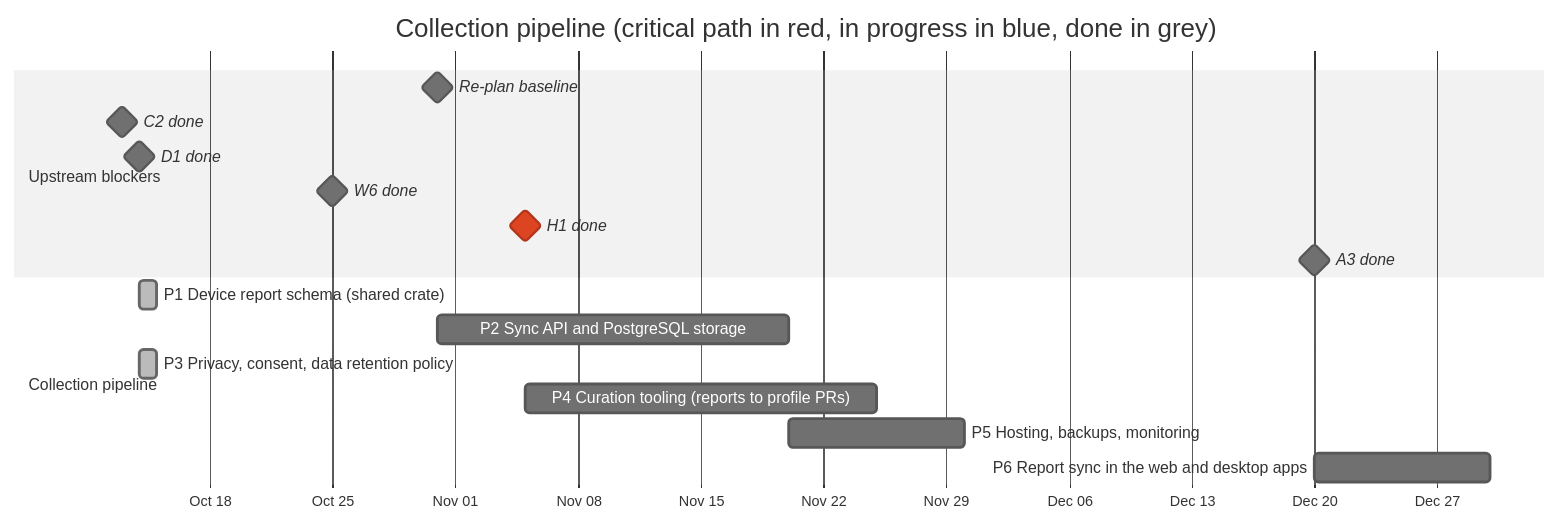
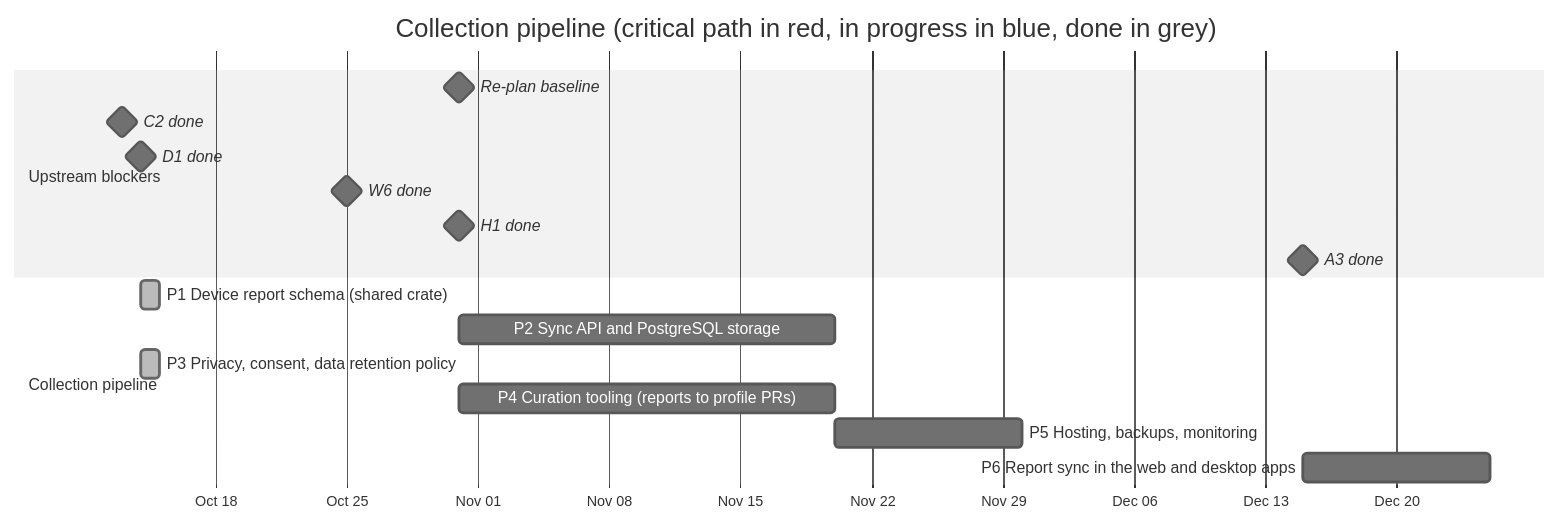
Before and after one commit to anygamepad/anygamepad.github.io: the diagram in ROADMAP/2026-10-31/03-collection-pipeline.md, drawn with Mermaid (neutral theme). The commit also changed other lines of this file and 19 other files, not shown here.

````diff
--- a/ROADMAP/2026-10-31/03-collection-pipeline.md
+++ b/ROADMAP/2026-10-31/03-collection-pipeline.md
@@ -12,20 +12,20 @@
 ```mermaid
 gantt
     dateFormat YYYY-MM-DD
     axisFormat %b %d
     title Collection pipeline (critical path in red, in progress in blue, done in grey)
     section Upstream blockers
     Re-plan baseline :milestone, t0, 2026-10-31, 0d
     C2 done :milestone, c2, 2026-10-13, 0d
     D1 done :milestone, d1, 2026-10-14, 0d
     W6 done :milestone, w6, 2026-10-25, 0d
-    H1 done :milestone, crit, h1, 2026-11-05, 0d
-    A3 done :milestone, a3, 2026-12-20, 0d
+    H1 done :milestone, h1, 2026-10-31, 0d
+    A3 done :milestone, a3, 2026-12-15, 0d
     section Collection pipeline
     P1 Device report schema (shared crate) :done, p1, 2026-10-14, 1d
     P2 Sync API and PostgreSQL storage :p2, after p1 t0, 20d
     P3 Privacy, consent, data retention policy :done, p3, 2026-10-14, 1d
     P4 Curation tooling (reports to profile PRs) :p4, after p1 d1 h1, 20d
     P5 Hosting, backups, monitoring :p5, after p2, 10d
     P6 Report sync in the web and desktop apps :p6, after p2 w6 a3, 10d
 ```
````
